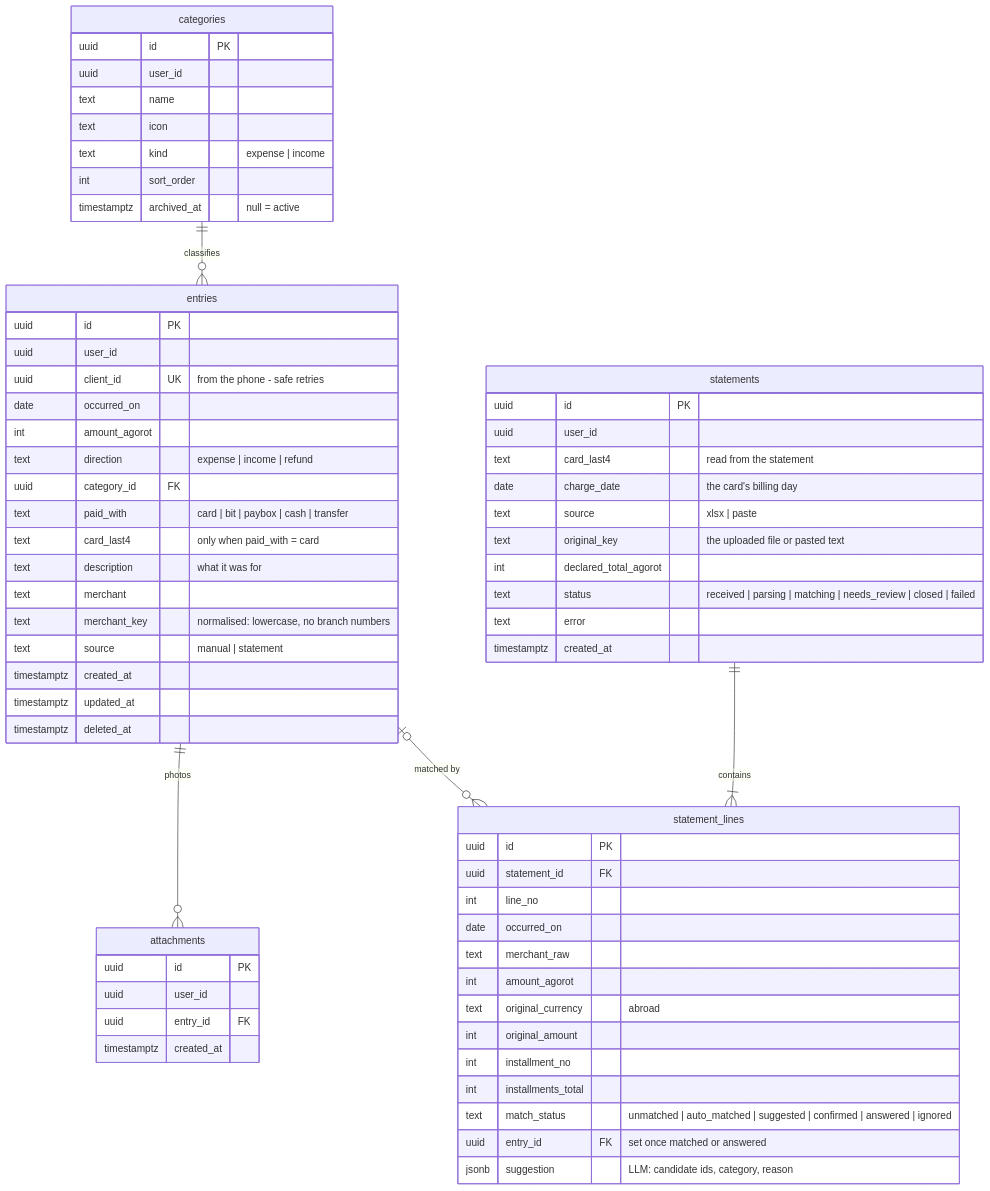
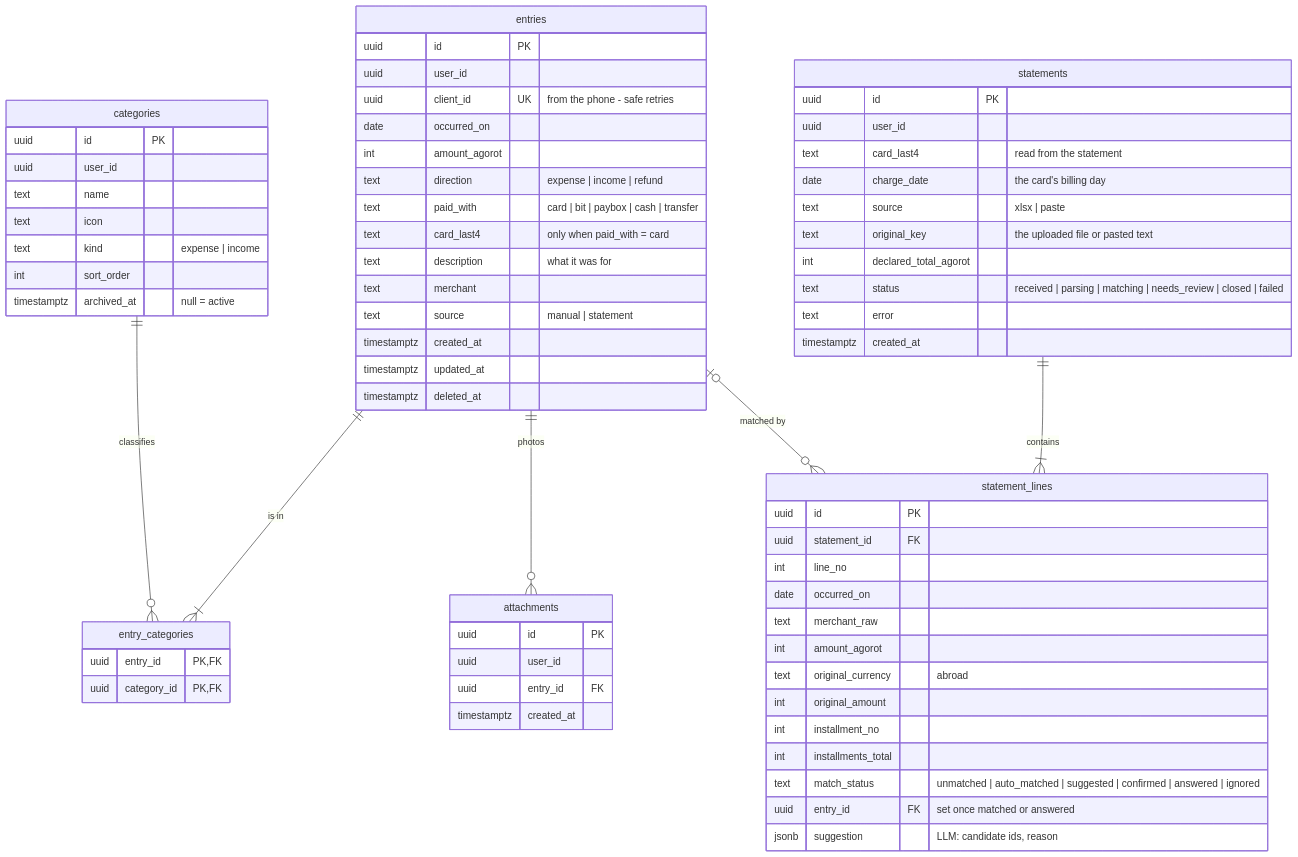
One commit to LidorElmakaies/personal-copilot changed the sixth of 7 diagrams in docs/plans/finance/README.md. Above: the diagram before and after it, drawn with Mermaid. The commit also changed other lines of this file and 27 other files, not shown here.

First line of the commit message:
Finance U5.3: CategoryChips; an entry can have several categories

````diff
--- a/docs/plans/finance/README.md
+++ b/docs/plans/finance/README.md
@@ -215,68 +214,71 @@
 ```mermaid
 erDiagram
-  categories ||--o{ entries : "classifies"
+  categories ||--o{ entry_categories : "classifies"
+  entries ||--|{ entry_categories : "is in"
   statements ||--|{ statement_lines : "contains"
   entries ||--o{ attachments : "photos"
   entries |o--o{ statement_lines : "matched by"
 
   categories {
     uuid id PK
     uuid user_id
     text name
     text icon
     text kind "expense | income"
     int sort_order
     timestamptz archived_at "null = active"
   }
   entries {
     uuid id PK
     uuid user_id
     uuid client_id UK "from the phone - safe retries"
     date occurred_on
     int amount_agorot
     text direction "expense | income | refund"
-    uuid category_id FK
     text paid_with "card | bit | paybox | cash | transfer"
     text card_last4 "only when paid_with = card"
     text description "what it was for"
     text merchant
-    text merchant_key "normalised: lowercase, no branch numbers"
     text source "manual | statement"
     timestamptz created_at
     timestamptz updated_at
     timestamptz deleted_at
+  }
+  entry_categories {
+    uuid entry_id PK, FK
+    uuid category_id PK, FK
   }
   attachments {
     uuid id PK
     uuid user_id
     uuid entry_id FK
     timestamptz created_at
   }
   statements {
     uuid id PK
     uuid user_id
     text card_last4 "read from the statement"
     date charge_date "the card's billing day"
     text source "xlsx | paste"
     text original_key "the uploaded file or pasted text"
     int declared_total_agorot
     text status "received | parsing | matching | needs_review | closed | failed"
     text error
     timestamptz created_at
   }
   statement_lines {
     uuid id PK
     uuid statement_id FK
     int line_no
     date occurred_on
     text merchant_raw
     int amount_agorot
     text original_currency "abroad"
     int original_amount
     int installment_no
     int installments_total
     text match_status "unmatched | auto_matched | suggested | confirmed | answered | ignored"
     uuid entry_id FK "set once matched or answered"
-    jsonb suggestion "LLM: candidate ids, category, reason"
+    jsonb suggestion "LLM: candidate ids, reason"
   }
 ```
````
